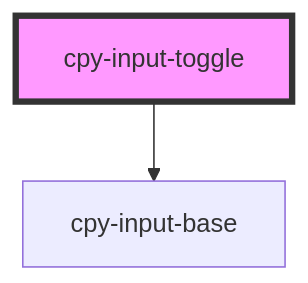
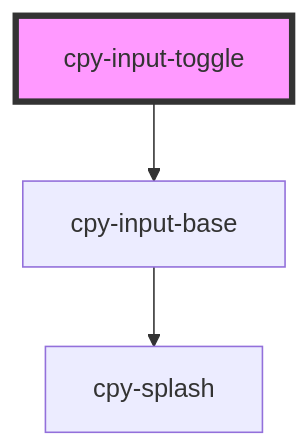
The diagram in stencil-lib/src/components/inputs/input-toggle/readme.md (Lith1um/Canopy-Stencil), drawn with Mermaid before and after one commit. The commit also changed 23 other files, not shown here.

````diff
--- a/stencil-lib/src/components/inputs/input-toggle/readme.md
+++ b/stencil-lib/src/components/inputs/input-toggle/readme.md
@@ -58,5 +58,6 @@
 ```mermaid
 graph TD;
   cpy-input-toggle --> cpy-input-base
+  cpy-input-base --> cpy-splash
   style cpy-input-toggle fill:#f9f,stroke:#333,stroke-width:4px
 ```
````
